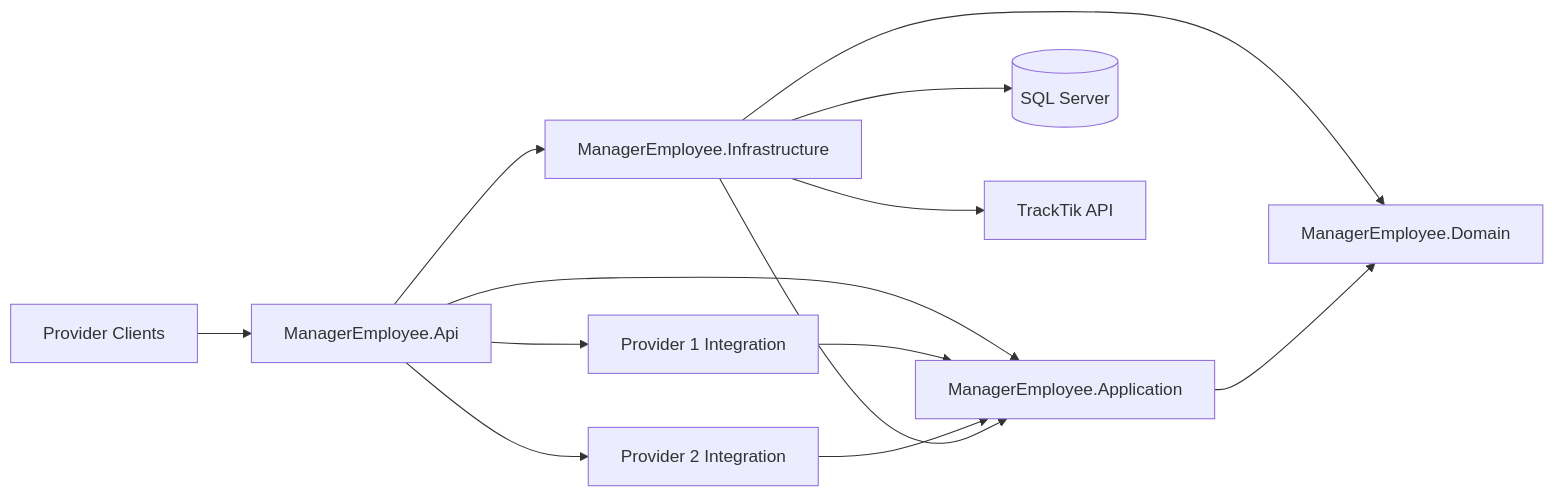
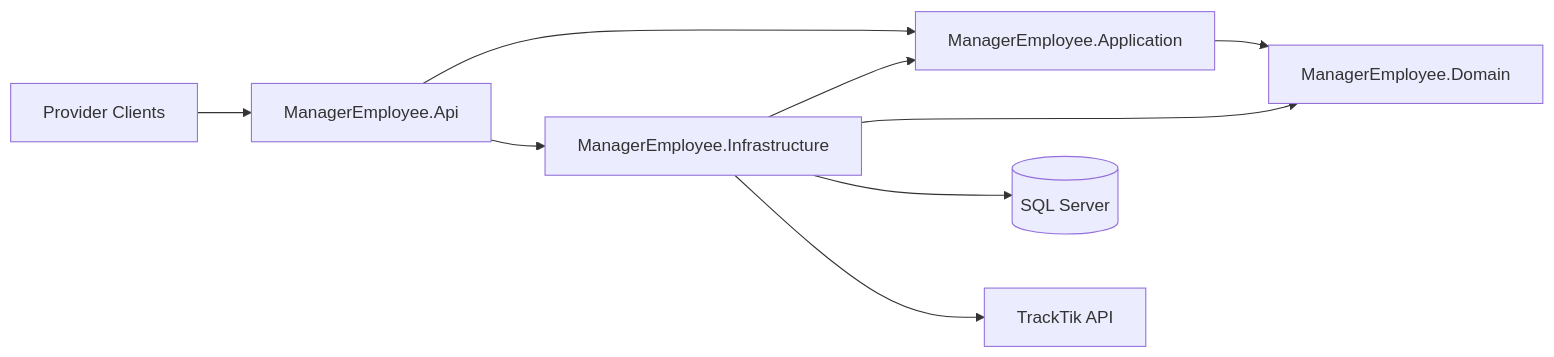
Before and after one commit to Dalben06/manager-employee: the first of 2 diagrams in Documentation/architecture.md, drawn with Mermaid. The commit also changed other lines of this file and 39 other files, not shown here.

````diff
--- a/Documentation/architecture.md
+++ b/Documentation/architecture.md
@@ -11,15 +11,11 @@
 ```mermaid
 flowchart LR
     Client[Provider Clients] --> Api[ManagerEmployee.Api]
     Api --> Application[ManagerEmployee.Application]
     Api --> Infrastructure[ManagerEmployee.Infrastructure]
-    Api --> Provider1[Provider 1 Integration]
-    Api --> Provider2[Provider 2 Integration]
-    Provider1 --> Application
-    Provider2 --> Application
     Infrastructure --> Application
     Infrastructure --> Domain[ManagerEmployee.Domain]
     Application --> Domain
     Infrastructure --> SqlServer[(SQL Server)]
     Infrastructure --> TrackTik[TrackTik API]
 ```
````
